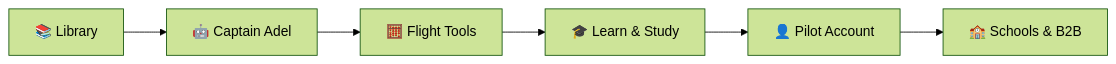
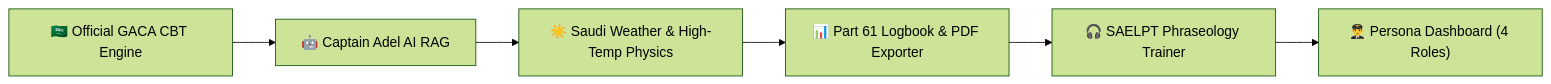
The first of 2 diagrams in README.md (FlyGACA/FlyGACA-app), drawn with Mermaid (forest theme) before and after one commit. The commit also changed other lines of this file and 1 other file, not shown here.

Commit message:
docs(readme): modernize GitHub README & ROADMAP with GACA CBT Simulator, SAELPT, Saudi Weather, Logbook PDF, and trend badges

````diff
--- a/README.md
+++ b/README.md
@@ -84,8 +87,8 @@
 ```mermaid
 flowchart LR
-    A["📚 Library"] --> B["🤖 Captain Adel"]
-    B --> C["🧮 Flight Tools"]
-    C --> D["🎓 Learn & Study"]
-    D --> E["👤 Pilot Account"]
-    E --> F["🏫 Schools & B2B"]
+    A["🇸🇦 Official GACA CBT Engine"] --> B["🤖 Captain Adel AI RAG"]
+    B --> C["☀️ Saudi Weather & High-Temp Physics"]
+    C --> D["📊 Part 61 Logbook & PDF Exporter"]
+    D --> E["🎧 SAELPT Phraseology Trainer"]
+    E --> F["👨‍✈️ Persona Dashboard (4 Roles)"]
 ```
````
